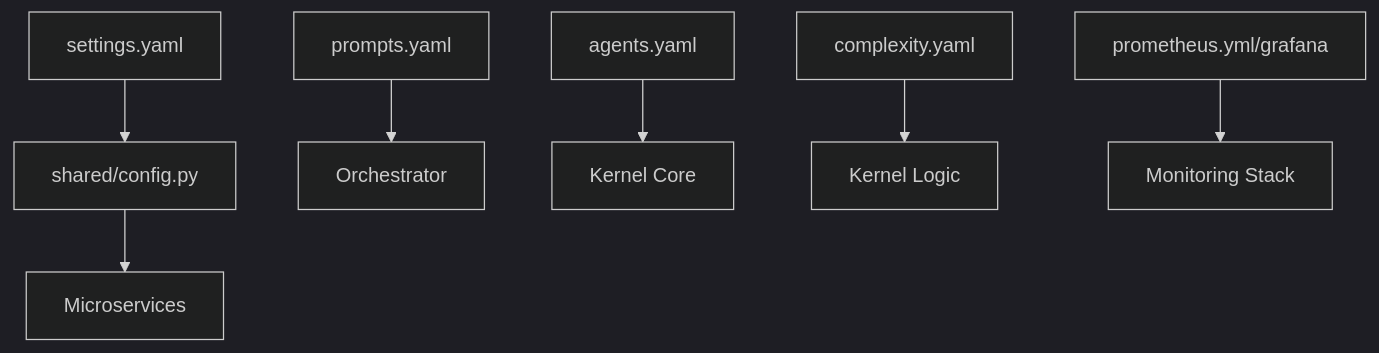
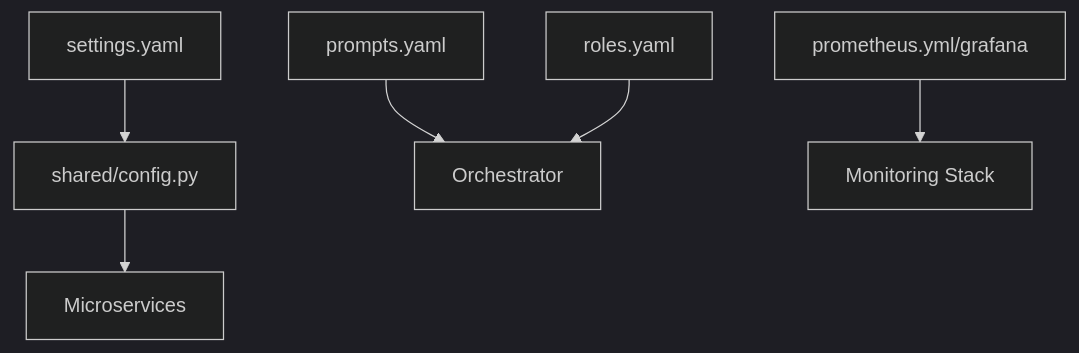
One commit to azzindani/Kea changed the diagram in configs/README.md. Above: the diagram before and after it, drawn with Mermaid (dark theme). The commit also changed other lines of this file and 2036 other files, not shown here.

Commit message:
feat: Introduce core v2 architecture with new services, knowledge base, MCP servers, shared utilities, and comprehensive testing.

````diff
--- a/configs/README.md
+++ b/configs/README.md
@@ -21,11 +20,10 @@
 ```mermaid
 graph TD
     YAML[settings.yaml] --> Config[shared/config.py]
     Config --> Services[Microservices]
     
     Prompts[prompts.yaml] --> Orch[Orchestrator]
-    Agents[agents.yaml] --> Kernel[Kernel Core]
-    Complexity[complexity.yaml] --> Logic[Kernel Logic]
+    Roles[roles.yaml] --> Orch
     
     Monitor[prometheus.yml/grafana] --> Stack[Monitoring Stack]
 ```
````
